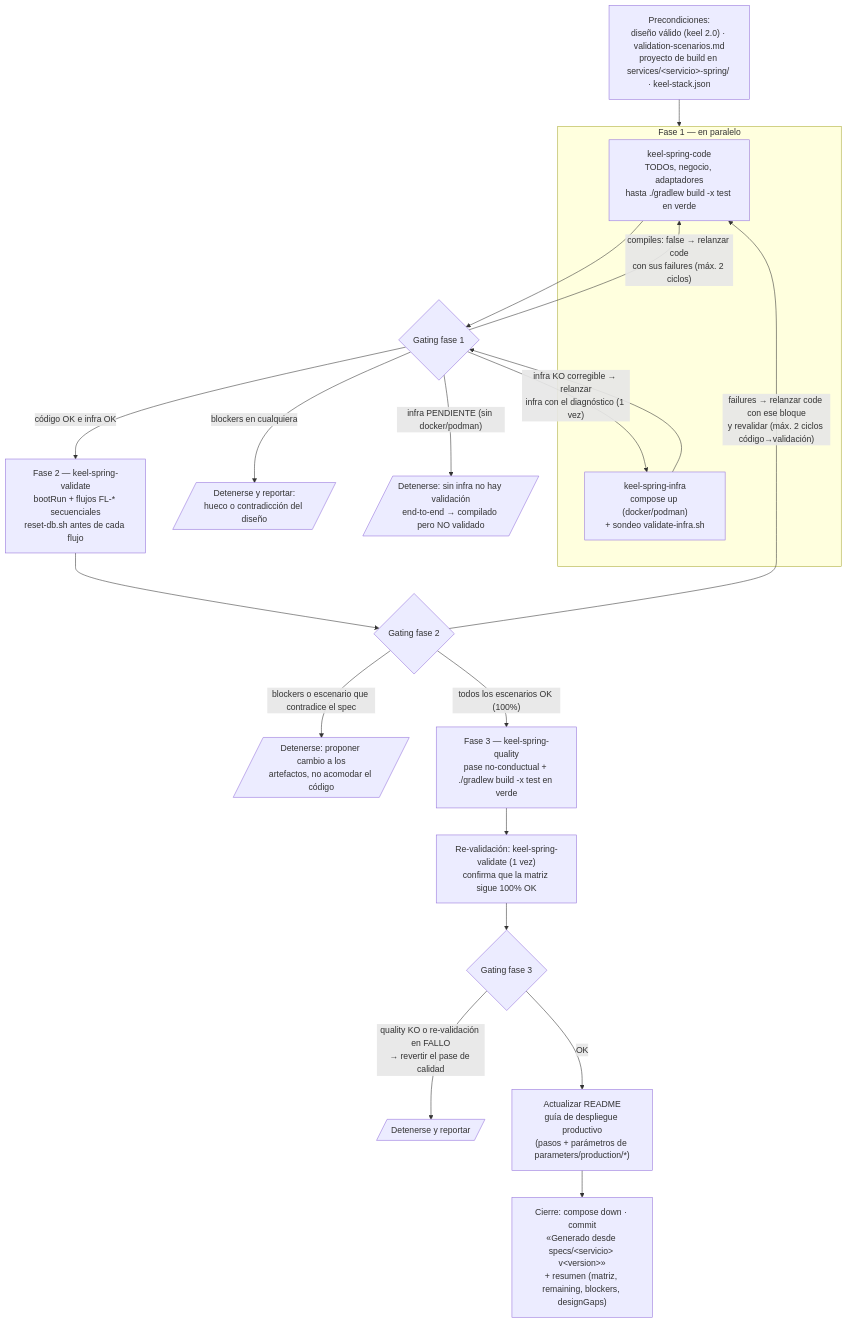
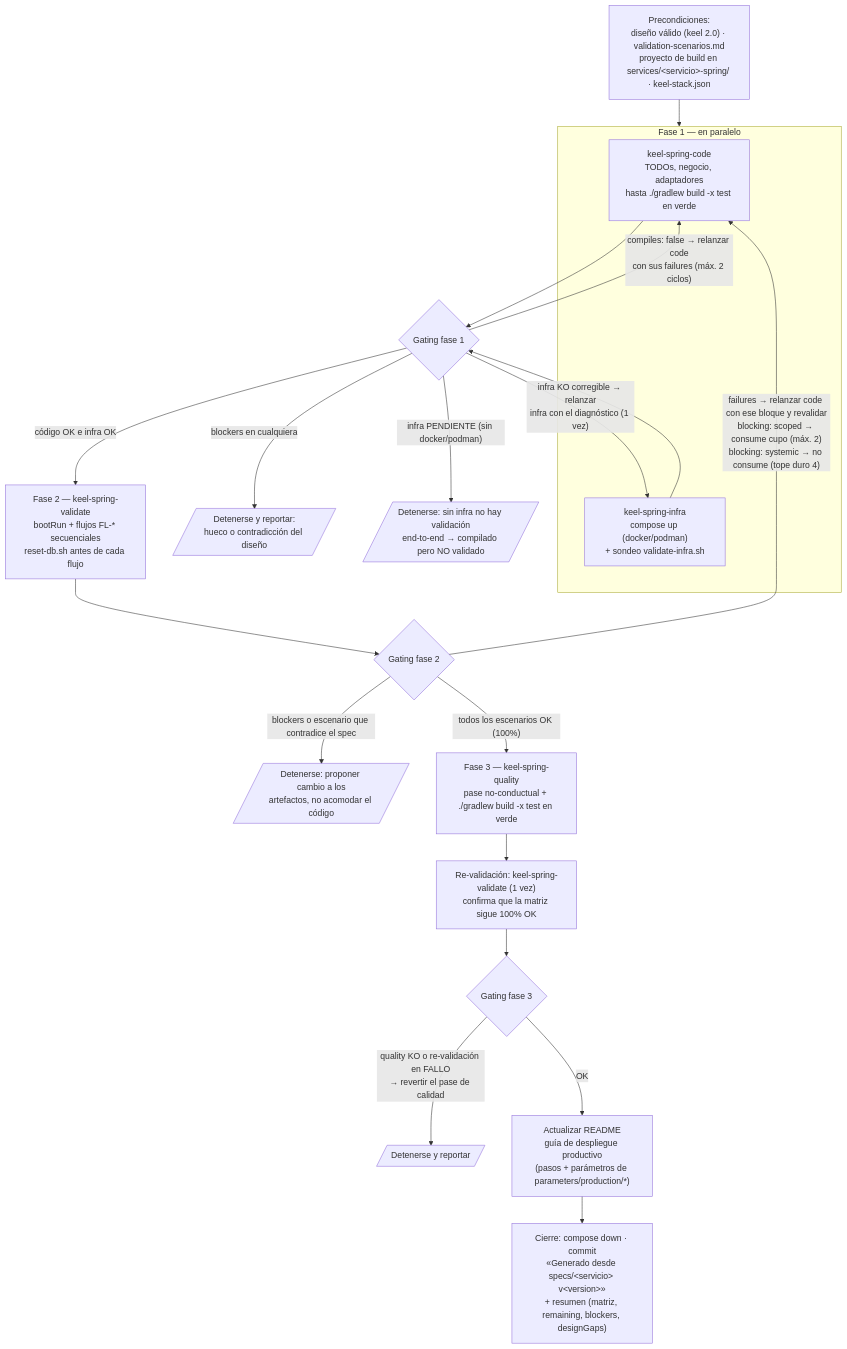
The diagram in packages/keel-spring/assets/generators/spring/orchestration.md (keel-system/keel), drawn with Mermaid before and after one commit. The commit also changed other lines of this file and 19 other files, not shown here.

````diff
--- a/packages/keel-spring/assets/generators/spring/orchestration.md
+++ b/packages/keel-spring/assets/generators/spring/orchestration.md
@@ -28,31 +28,31 @@
 ```mermaid
 flowchart TB
     PRE["Precondiciones:<br/>diseño válido (keel 2.0) · validation-scenarios.md<br/>proyecto de build en services/&lt;servicio&gt;-spring/ · keel-stack.json"]
 
     PRE --> F1
     subgraph F1["Fase 1 — en paralelo"]
         CODE["keel-spring-code<br/>TODOs, negocio, adaptadores<br/>hasta ./gradlew build -x test en verde"]
         INFRA["keel-spring-infra<br/>compose up (docker/podman)<br/>+ sondeo validate-infra.sh"]
     end
 
     CODE --> GATE1{Gating fase 1}
     INFRA --> GATE1
     GATE1 -->|"compiles: false → relanzar code<br/>con sus failures (máx. 2 ciclos)"| CODE
     GATE1 -->|"infra KO corregible → relanzar<br/>infra con el diagnóstico (1 vez)"| INFRA
     GATE1 -->|"blockers en cualquiera"| STOP1[/"Detenerse y reportar:<br/>hueco o contradicción del diseño"/]
     GATE1 -->|"infra PENDIENTE (sin docker/podman)"| STOP0[/"Detenerse: sin infra no hay validación<br/>end-to-end → compilado pero NO validado"/]
     GATE1 -->|código OK e infra OK| VALIDATE
 
     VALIDATE["Fase 2 — keel-spring-validate<br/>bootRun + flujos FL-* secuenciales<br/>reset-db.sh antes de cada flujo"]
     VALIDATE --> GATE2{Gating fase 2}
-    GATE2 -->|"failures → relanzar code con ese bloque<br/>y revalidar (máx. 2 ciclos código→validación)"| CODE
+    GATE2 -->|"failures → relanzar code con ese bloque y revalidar<br/>blocking: scoped → consume cupo (máx. 2)<br/>blocking: systemic → no consume (tope duro 4)"| CODE
     GATE2 -->|"blockers o escenario que contradice el spec"| STOP2[/"Detenerse: proponer cambio a los<br/>artefactos, no acomodar el código"/]
     GATE2 -->|"todos los escenarios OK (100%)"| QUALITY
 
     QUALITY["Fase 3 — keel-spring-quality<br/>pase no-conductual + ./gradlew build -x test en verde"]
     QUALITY --> REVAL["Re-validación: keel-spring-validate (1 vez)<br/>confirma que la matriz sigue 100% OK"]
     REVAL --> GATE3{Gating fase 3}
     GATE3 -->|"quality KO o re-validación en FALLO<br/>→ revertir el pase de calidad"| STOP3[/"Detenerse y reportar"/]
     GATE3 -->|OK| README["Actualizar README<br/>guía de despliegue productivo<br/>(pasos + parámetros de parameters/production/*)"]
     README --> CLOSE["Cierre: compose down · commit<br/>«Generado desde specs/&lt;servicio&gt; v&lt;version&gt;»<br/>+ resumen (matriz, remaining, blockers, designGaps)"]
 ```
````
